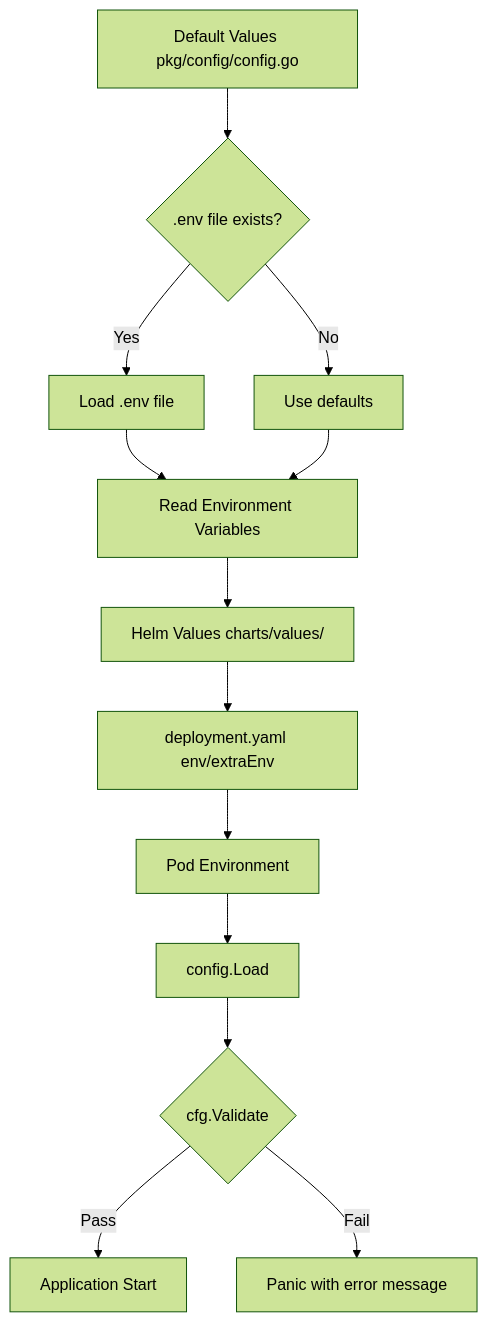
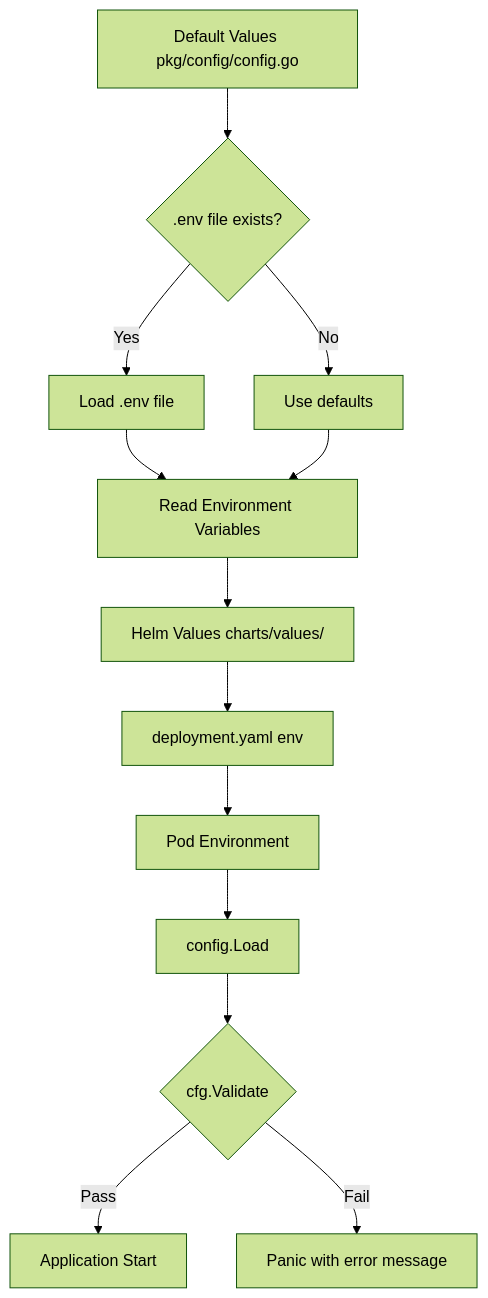
The diagram in docs/development/CONFIG_GUIDE.md (duynhlab/homelab), drawn with Mermaid (forest theme) before and after one commit. The commit also changed other lines of this file and 6 other files, not shown here.

Commit message:
docs: update docs related helm chart

````diff
--- a/docs/development/CONFIG_GUIDE.md
+++ b/docs/development/CONFIG_GUIDE.md
@@ -58,15 +58,15 @@
 ```mermaid
 flowchart TD
     A[Default Values pkg/config/config.go] --> B{.env file exists?}
     B -->|Yes| C[Load .env file]
     B -->|No| D[Use defaults]
     C --> E[Read Environment Variables]
     D --> E
     E --> F[Helm Values charts/values/]
-    F --> G[deployment.yaml env/extraEnv]
+    F --> G[deployment.yaml env]
     G --> H[Pod Environment]
     H --> I[config.Load]
     I --> J{cfg.Validate}
     J -->|Pass| K[Application Start]
     J -->|Fail| L[Panic with error message]
 ```
````
